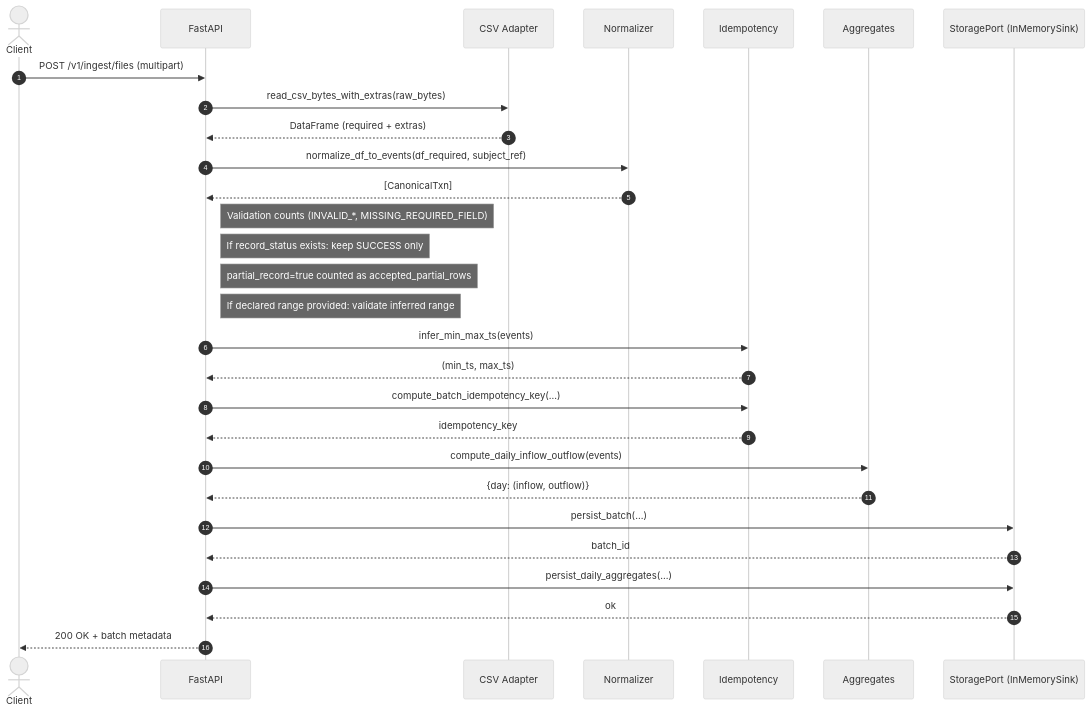
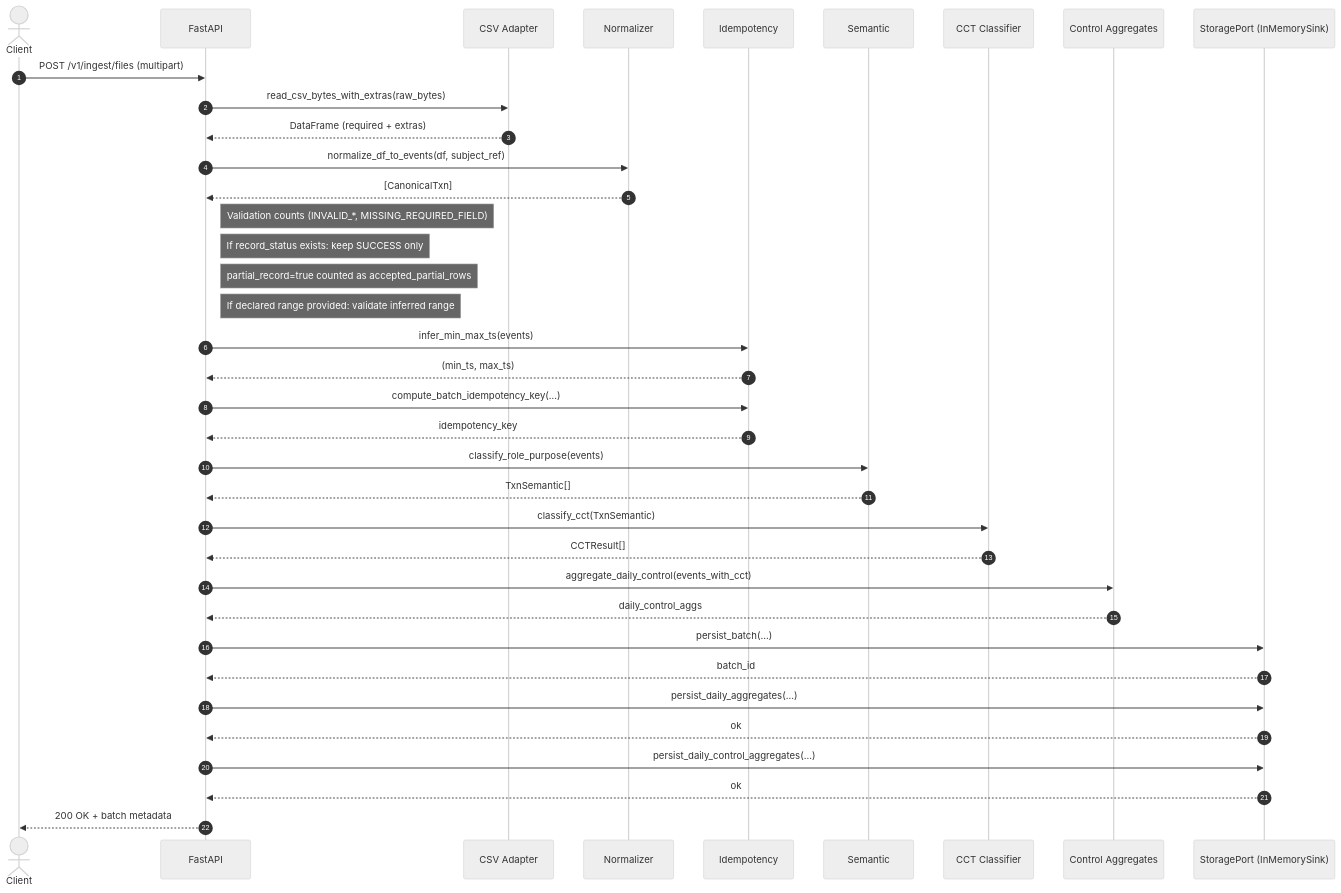
The first of 3 diagrams in cashflow_ingest/docs/architecture.md (shashankcheema/cash-lending), drawn with Mermaid (neutral theme) before and after one commit. The commit also changed other lines of this file and 14 other files, not shown here.

````diff
--- a/cashflow_ingest/docs/architecture.md
+++ b/cashflow_ingest/docs/architecture.md
@@ -31,32 +34,40 @@
 ```mermaid
 sequenceDiagram
     autonumber
     actor Client
     participant API as FastAPI
     participant CSV as CSV Adapter
     participant Norm as Normalizer
     participant Idem as Idempotency
-    participant Agg as Aggregates
+    participant Sem as Semantic
+    participant CCT as CCT Classifier
+    participant Agg as Control Aggregates
     participant Store as StoragePort (InMemorySink)
 
     Client->>API: POST /v1/ingest/files (multipart)
     API->>CSV: read_csv_bytes_with_extras(raw_bytes)
     CSV-->>API: DataFrame (required + extras)
-    API->>Norm: normalize_df_to_events(df_required, subject_ref)
+    API->>Norm: normalize_df_to_events(df, subject_ref)
     Norm-->>API: [CanonicalTxn]
     Note right of API: Validation counts (INVALID_*, MISSING_REQUIRED_FIELD)
     Note right of API: If record_status exists: keep SUCCESS only
     Note right of API: partial_record=true counted as accepted_partial_rows
     Note right of API: If declared range provided: validate inferred range
     API->>Idem: infer_min_max_ts(events)
     Idem-->>API: (min_ts, max_ts)
     API->>Idem: compute_batch_idempotency_key(...)
     Idem-->>API: idempotency_key
-    API->>Agg: compute_daily_inflow_outflow(events)
-    Agg-->>API: {day: (inflow, outflow)}
+    API->>Sem: classify_role_purpose(events)
+    Sem-->>API: TxnSemantic[]
+    API->>CCT: classify_cct(TxnSemantic)
+    CCT-->>API: CCTResult[]
+    API->>Agg: aggregate_daily_control(events_with_cct)
+    Agg-->>API: daily_control_aggs
     API->>Store: persist_batch(...)
     Store-->>API: batch_id
     API->>Store: persist_daily_aggregates(...)
     Store-->>API: ok
+    API->>Store: persist_daily_control_aggregates(...)
+    Store-->>API: ok
     API-->>Client: 200 OK + batch metadata
 ```
````
